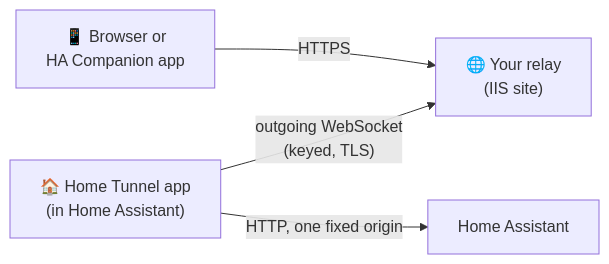
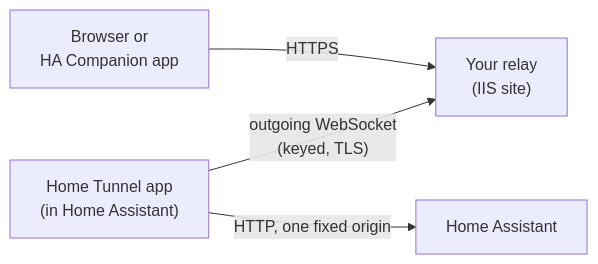
Before and after one commit to amartins14/HA-Home-Tunnel: the diagram in README.md, drawn with Mermaid. The commit also changed other lines of this file and 6 other files, not shown here.

````diff
--- a/README.md
+++ b/README.md
@@ -27,6 +27,6 @@
 ```mermaid
 flowchart LR
-    phone["📱 Browser or<br/>HA Companion app"] -- HTTPS --> relay["🌐 Your relay<br/>(IIS site)"]
-    app["🏠 Home Tunnel app<br/>(in Home Assistant)"] -- "outgoing WebSocket<br/>(keyed, TLS)" --> relay
+    phone["Browser or<br/>HA Companion app"] -- HTTPS --> relay["Your relay<br/>(IIS site)"]
+    app["Home Tunnel app<br/>(in Home Assistant)"] -- "outgoing WebSocket<br/>(keyed, TLS)" --> relay
     app -- "HTTP, one fixed origin" --> ha["Home Assistant"]
 ```
````
